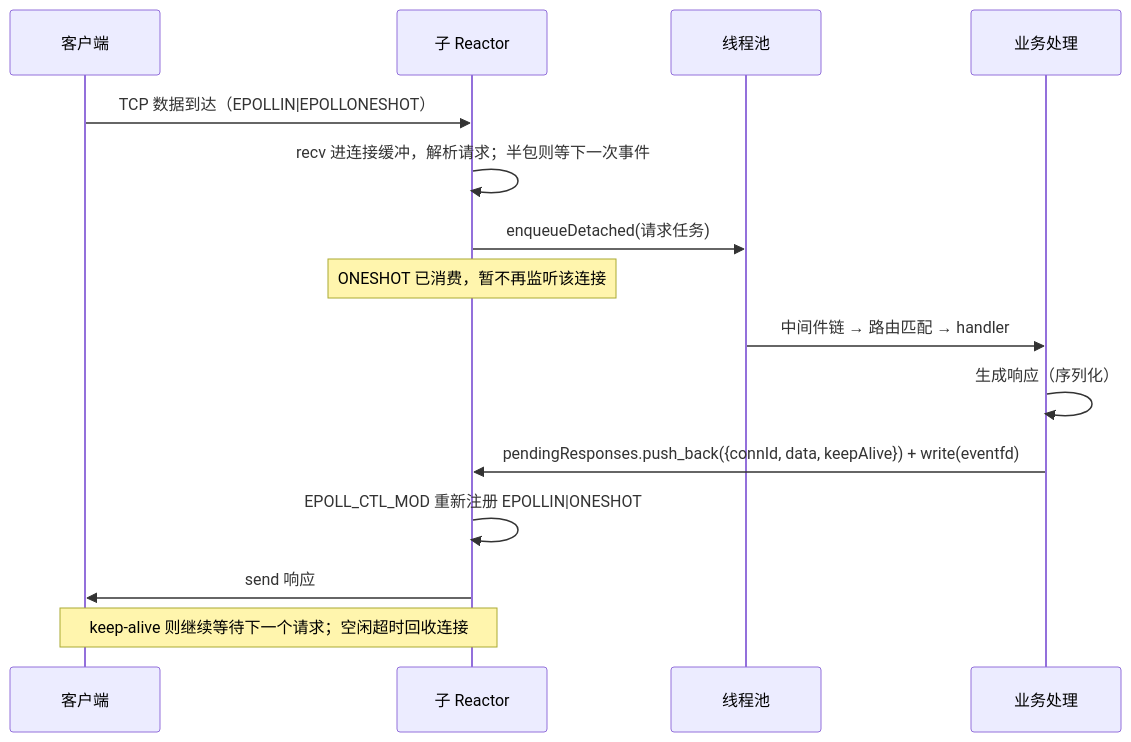
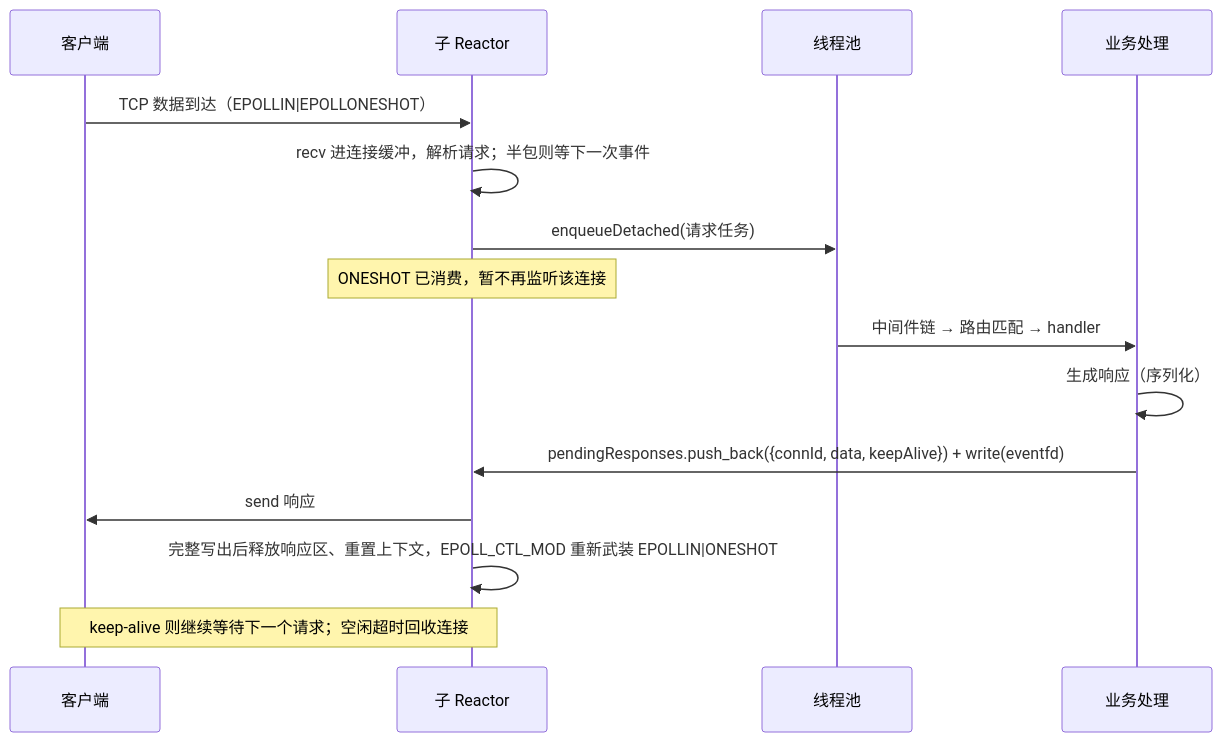
Before and after one commit to Chieko3020/HttpFramework: the diagram in README.md, drawn with Mermaid. The commit also changed other lines of this file and 13 other files, not shown here.

````diff
--- a/README.md
+++ b/README.md
@@ -365,17 +364,17 @@
 ```mermaid
 sequenceDiagram
     participant C as 客户端
     participant SR as 子 Reactor
     participant TP as 线程池
     participant H as 业务处理
     C->>SR: TCP 数据到达（EPOLLIN|EPOLLONESHOT）
     SR->>SR: recv 进连接缓冲，解析请求；半包则等下一次事件
     SR->>TP: enqueueDetached(请求任务)
     Note over SR: ONESHOT 已消费，暂不再监听该连接
     TP->>H: 中间件链 → 路由匹配 → handler
     H->>H: 生成响应（序列化）
     H->>SR: pendingResponses.push_back({connId, data, keepAlive}) + write(eventfd)
-    SR->>SR: EPOLL_CTL_MOD 重新注册 EPOLLIN|ONESHOT
     SR->>C: send 响应
+    SR->>SR: 完整写出后释放响应区、重置上下文，EPOLL_CTL_MOD 重新武装 EPOLLIN|ONESHOT
     Note over SR,C: keep-alive 则继续等待下一个请求；空闲超时回收连接
 ```
````
